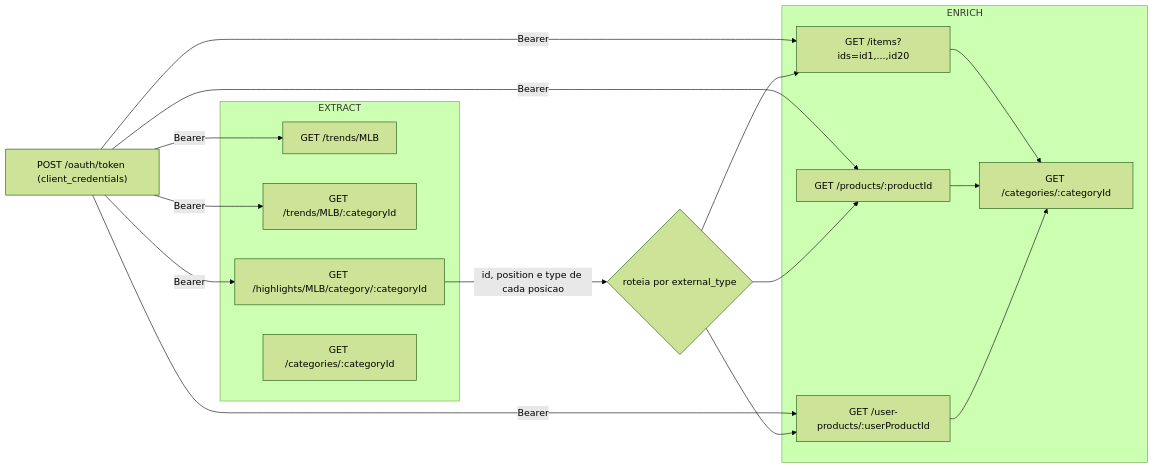
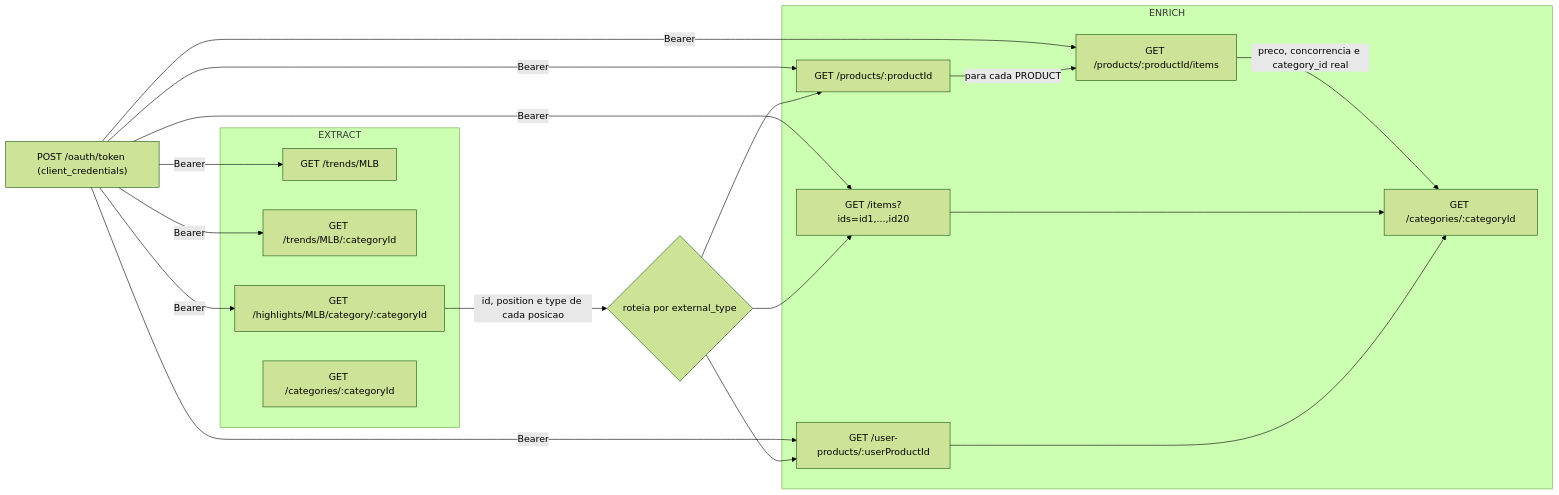
Before and after one commit to undercontroll-inc/etl: the second of 12 diagrams in README.md, drawn with Mermaid (forest theme). The commit also changed other lines of this file and 21 other files, not shown here.

````diff
--- a/README.md
+++ b/README.md
@@ -35,34 +42,37 @@
 ```mermaid
 flowchart LR
     Token["POST /oauth/token (client_credentials)"]
 
     subgraph stageExtract [EXTRACT]
         T1["GET /trends/MLB"]
         T2["GET /trends/MLB/:categoryId"]
         H1["GET /highlights/MLB/category/:categoryId"]
         C1["GET /categories/:categoryId"]
     end
 
     subgraph stageEnrich [ENRICH]
         I1["GET /items?ids=id1,...,id20"]
         P1["GET /products/:productId"]
+        O1["GET /products/:productId/items"]
         U1["GET /user-products/:userProductId"]
         C2["GET /categories/:categoryId"]
     end
 
     Token -->|Bearer| T1
     Token -->|Bearer| T2
     Token -->|Bearer| H1
     Token -->|Bearer| I1
     Token -->|Bearer| P1
+    Token -->|Bearer| O1
     Token -->|Bearer| U1
 
     H1 -->|"id, position e type de cada posicao"| Router{"roteia por external_type"}
     Router --> I1
     Router --> P1
     Router --> U1
 
+    P1 -->|"para cada PRODUCT"| O1
+    O1 -->|"preco, concorrencia e category_id real"| C2
     I1 --> C2
-    P1 --> C2
     U1 --> C2
 ```
````
